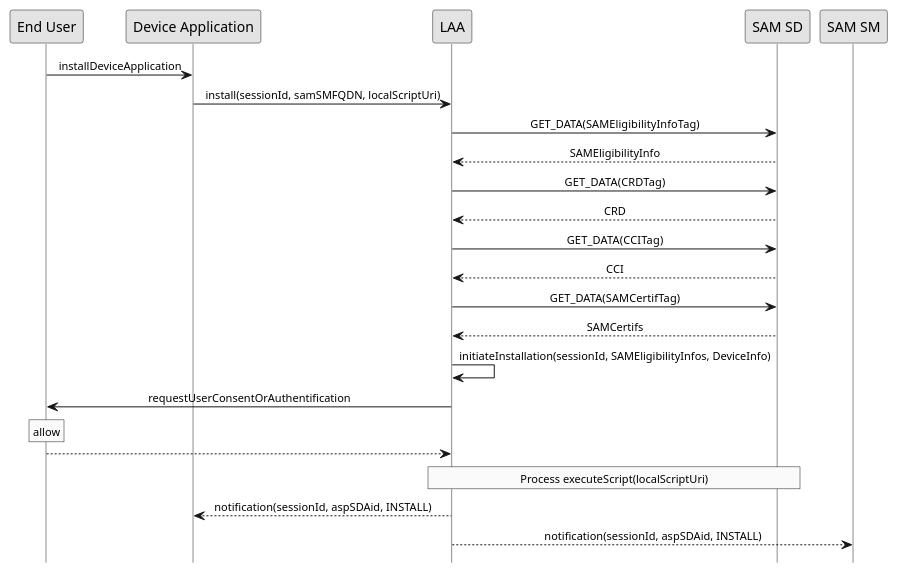
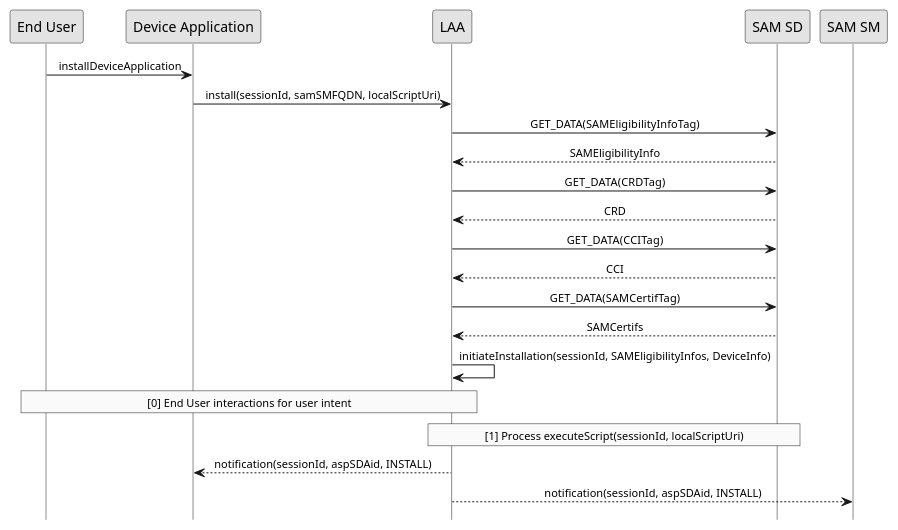
One commit to gaelrgerard/laa changed the diagram in doc/uml/install-local.pu. Above: the diagram before and after it, drawn with PlantUML. The commit also changed 4 other files, not shown here.

Commit message:
change diagram + small update

```diff
--- a/doc/uml/install-local.pu
+++ b/doc/uml/install-local.pu
@@ -1,33 +1,33 @@
 @startuml
  
 hide footbox
 skinparam sequenceMessageAlign center
 skinparam sequenceArrowFontSize 11
 skinparam noteFontSize 11
 skinparam monochrome true
 skinparam lifelinestrategy solid
 
 "End User" -> "Device Application" : installDeviceApplication
 "Device Application" -> LAA : install(sessionId, samSMFQDN, localScriptUri)
 LAA -> "SAM SD" : GET_DATA(SAMEligibilityInfoTag)
 "SAM SD" --> LAA : SAMEligibilityInfo  
 LAA -> "SAM SD" : GET_DATA(CRDTag)
 "SAM SD" --> LAA : CRD
 LAA -> "SAM SD" : GET_DATA(CCITag)
 "SAM SD" --> LAA : CCI
 LAA -> "SAM SD" : GET_DATA(SAMCertifTag)
 "SAM SD" --> LAA : SAMCertifs
 "LAA" -> "LAA" : initiateInstallation(sessionId, SAMEligibilityInfos, DeviceInfo) 
  
-LAA -> "End User" : requestUserConsentOrAuthentification
-rnote over "End User": allow
-LAA <-- "End User"
- 
+rnote over "LAA", "End User"
+     [0] End User interactions for user intent
+end rnote
+
 rnote over "LAA", "SAM SD"
-     Process executeScript(localScriptUri)
+     [1] Process executeScript(sessionId, localScriptUri)
 end rnote
  
 LAA --> "Device Application" : notification(sessionId, aspSDAid, INSTALL)
  
 LAA --> "SAM SM" : notification(sessionId, aspSDAid, INSTALL)
 @enduml
```
